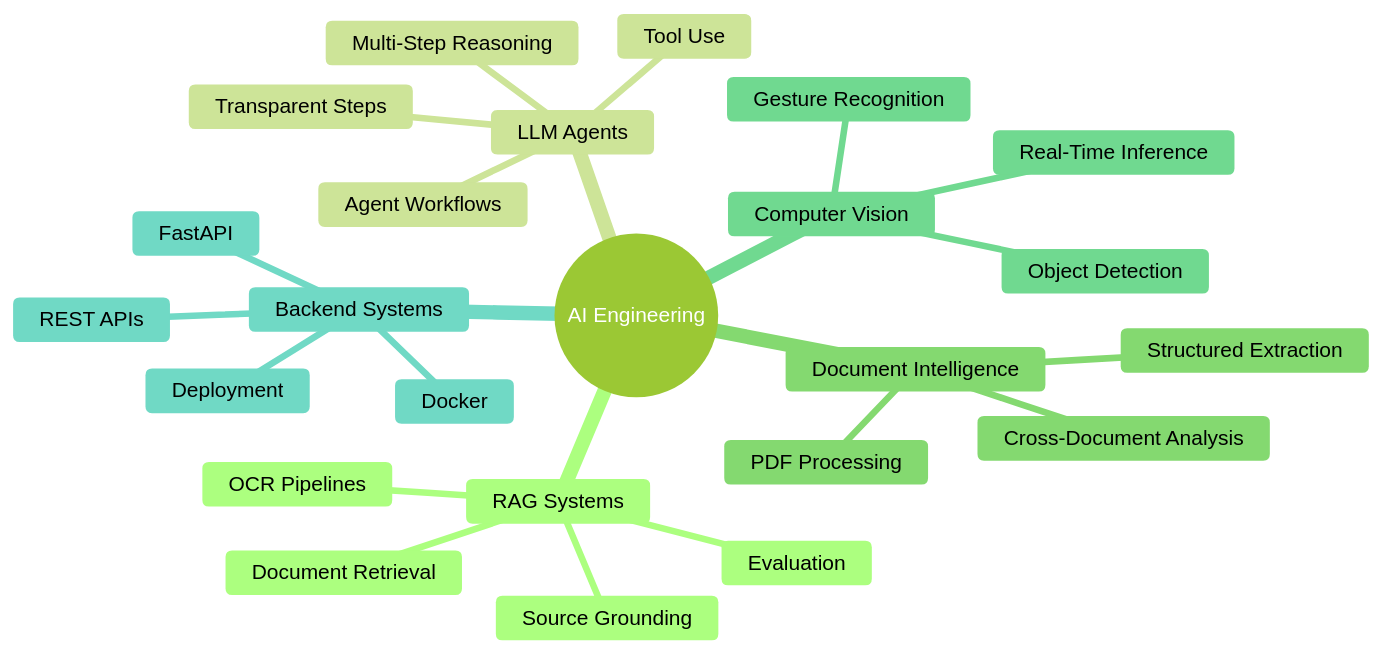
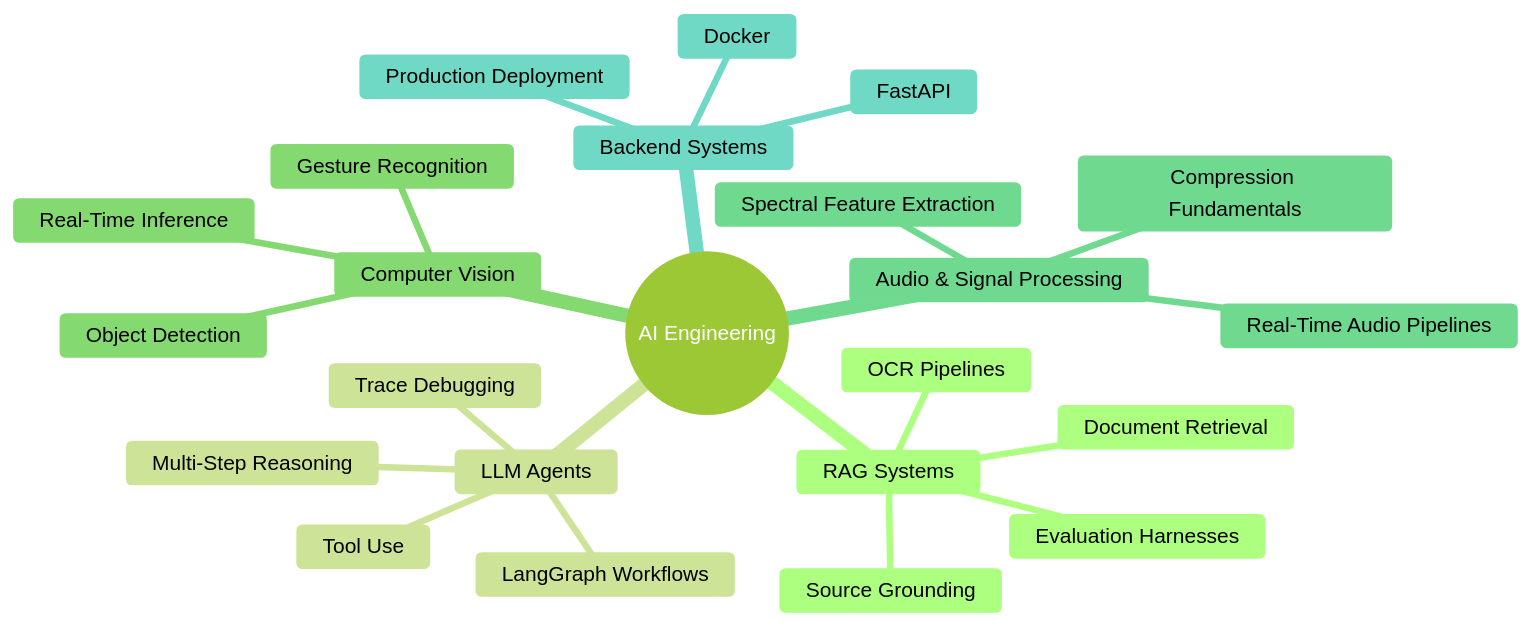
Before and after one commit to GouravJr/GouravJr: the diagram in README.md, drawn with Mermaid (forest theme). The commit also changed other lines of this file, not shown here.

````diff
--- a/README.md
+++ b/README.md
@@ -203,27 +190,26 @@
 ```mermaid
 mindmap
   root((AI Engineering))
     RAG Systems
       Document Retrieval
       OCR Pipelines
       Source Grounding
-      Evaluation
+      Evaluation Harnesses
     LLM Agents
       Tool Use
       Multi-Step Reasoning
-      Agent Workflows
-      Transparent Steps
-    Document Intelligence
-      PDF Processing
-      Structured Extraction
-      Cross-Document Analysis
+      LangGraph Workflows
+      Trace Debugging
     Computer Vision
+      Object Detection
       Gesture Recognition
-      Object Detection
       Real-Time Inference
+    Audio & Signal Processing
+      Spectral Feature Extraction
+      Real-Time Audio Pipelines
+      Compression Fundamentals
     Backend Systems
       FastAPI
-      REST APIs
       Docker
-      Deployment
+      Production Deployment
 ```
````
